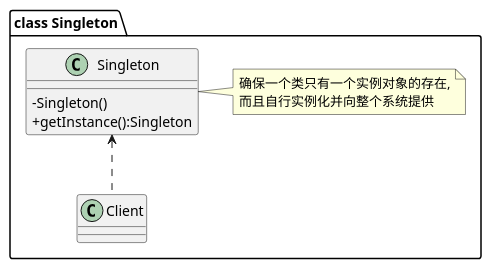
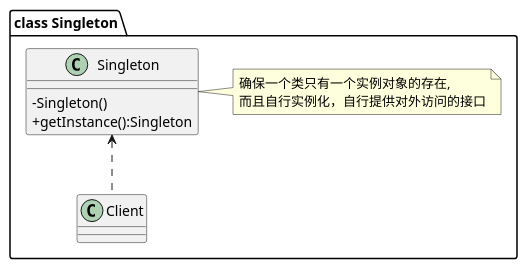
The diagram in lib_design_pattern/src/main/java/com/mxdl/desigin/pattern/create/a01_single_instance/uml/singleton.puml (mxdldev/java-design-pattern), drawn with PlantUML before and after one commit. The commit also changed 159 other files, not shown here.

```diff
--- a/lib_design_pattern/src/main/java/com/mxdl/desigin/pattern/create/a01_single_instance/uml/singleton.puml
+++ b/lib_design_pattern/src/main/java/com/mxdl/desigin/pattern/create/a01_single_instance/uml/singleton.puml
@@ -1,15 +1,14 @@
 @startuml
 skinparam classAttributeIconSize 0
 
 package "class Singleton" #FFFFFF {
 
     class Singleton{
     -Singleton()
     +getInstance():Singleton
     }
-    note right: 确保一个类只有一个实例对象的存在,\n而且自行实例化并向整个系统提供
-    'Clent ..>Singleton
+    note right: 确保一个类只有一个实例对象的存在,\n而且自行实例化，自行提供对外访问的接口
     Singleton <.. Client
 }
 
 @enduml
```
